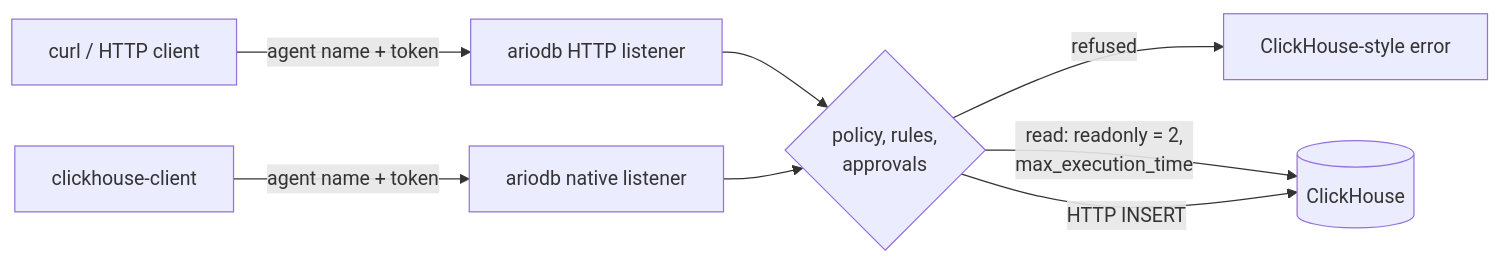
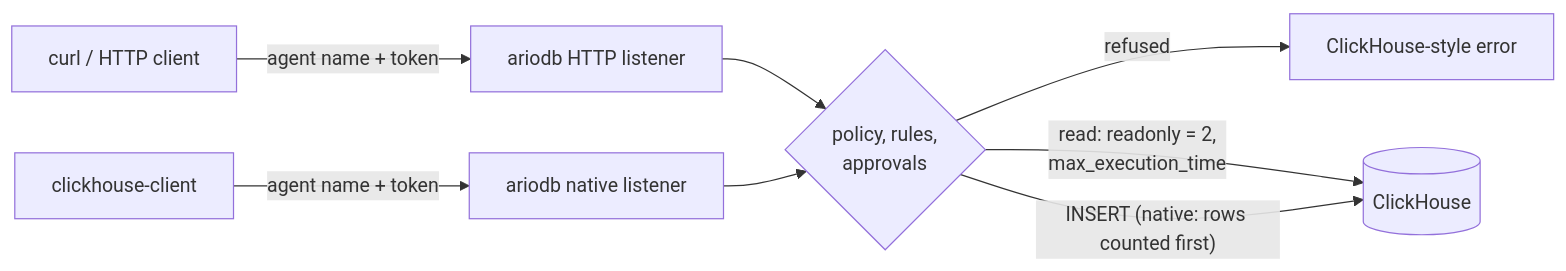
The diagram in docs/clickhouse.md (ariostacks/ariodb), drawn with Mermaid before and after one commit. The commit also changed other lines of this file and 13 other files, not shown here.

````diff
--- a/docs/clickhouse.md
+++ b/docs/clickhouse.md
@@ -20,10 +20,10 @@
 ```mermaid
 flowchart LR
     A1[curl / HTTP client] -- "agent name + token" --> H[ariodb HTTP listener]
     A2[clickhouse-client] -- "agent name + token" --> N[ariodb native listener]
     H --> G{policy, rules,<br/>approvals}
     N --> G
     G -- "refused" --> X[ClickHouse-style error]
     G -- "read: readonly = 2,<br/>max_execution_time" --> C[(ClickHouse)]
-    G -- "HTTP INSERT" --> C
+    G -- "INSERT (native: rows counted first)" --> C
 ```
````
